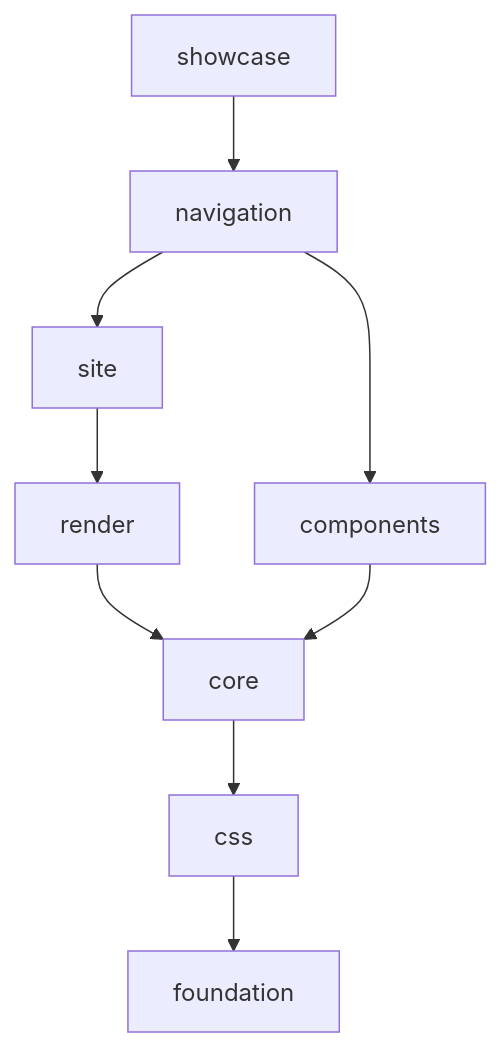
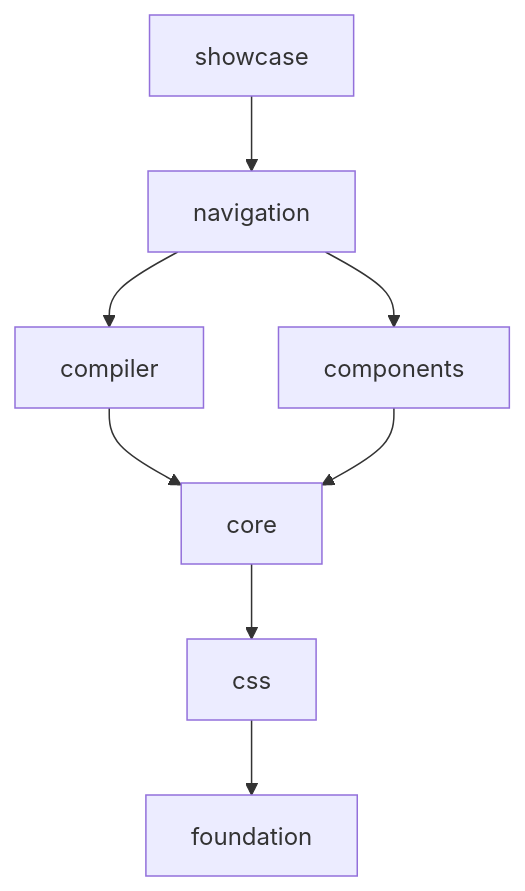
One commit to thiagogcm/tessera changed the second of 6 diagrams in docs/architecture.md. Above: the diagram before and after it, drawn with Mermaid. The commit also changed other lines of this file and 124 other files, not shown here.

First line of the commit message:
refactor!: merge render and site into one compiler package

````diff
--- a/docs/architecture.md
+++ b/docs/architecture.md
@@ -70,11 +70,10 @@
 ```mermaid
 flowchart TB
     showcase --> navigation
-    navigation --> site
+    navigation --> compiler
     navigation --> components
-    site --> render
-    render --> core
+    compiler --> core
     components --> core
     core --> css
     css --> foundation
 ```
````
